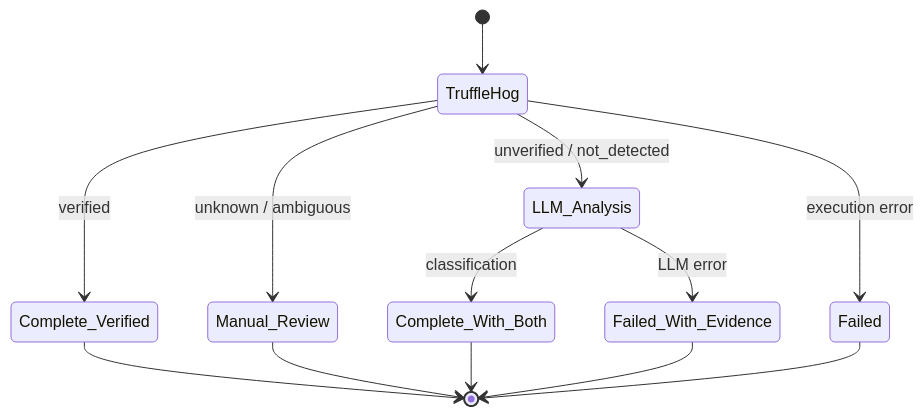
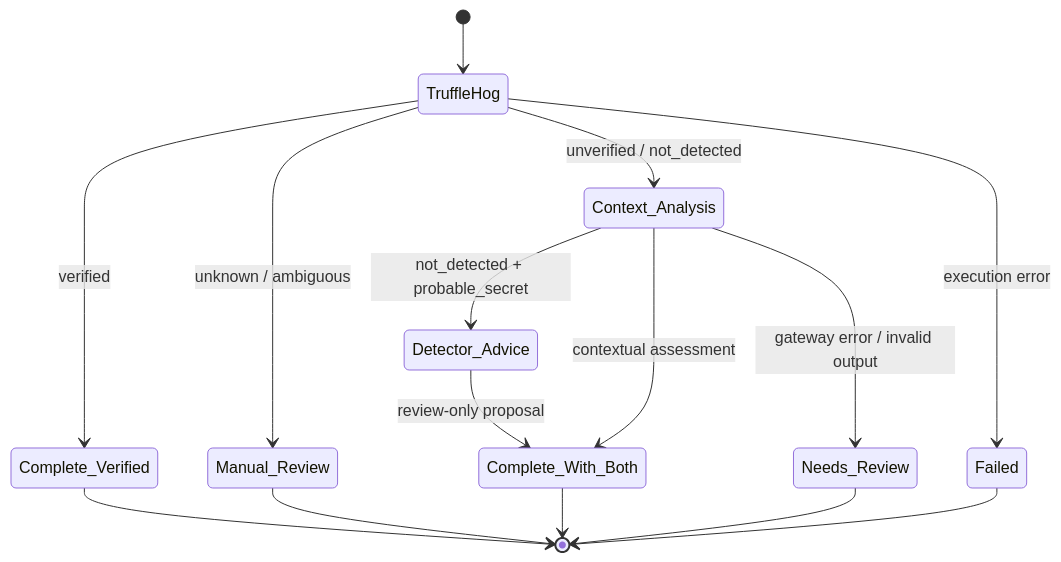
The second of 2 diagrams in secret-reconciler/README.md (shubham-shewale/charming-bohr), drawn with Mermaid before and after one commit. The commit also changed other lines of this file and 29 other files, not shown here.

Commit message:
feat: add contextual secret intelligence

````diff
--- a/secret-reconciler/README.md
+++ b/secret-reconciler/README.md
@@ -70,15 +73,17 @@
 ```mermaid
 stateDiagram-v2
     [*] --> TruffleHog
     TruffleHog --> Complete_Verified: verified
     TruffleHog --> Manual_Review: unknown / ambiguous
-    TruffleHog --> LLM_Analysis: unverified / not_detected
+    TruffleHog --> Context_Analysis: unverified / not_detected
     TruffleHog --> Failed: execution error
-    LLM_Analysis --> Complete_With_Both: classification
-    LLM_Analysis --> Failed_With_Evidence: LLM error
+    Context_Analysis --> Detector_Advice: not_detected + probable_secret
+    Context_Analysis --> Complete_With_Both: contextual assessment
+    Context_Analysis --> Needs_Review: gateway error / invalid output
+    Detector_Advice --> Complete_With_Both: review-only proposal
     Complete_Verified --> [*]
     Manual_Review --> [*]
     Complete_With_Both --> [*]
     Failed --> [*]
-    Failed_With_Evidence --> [*]
+    Needs_Review --> [*]
 ```
````
